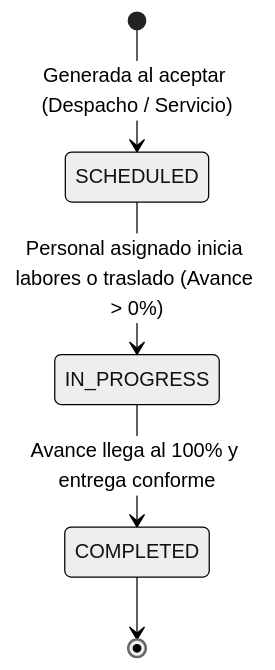
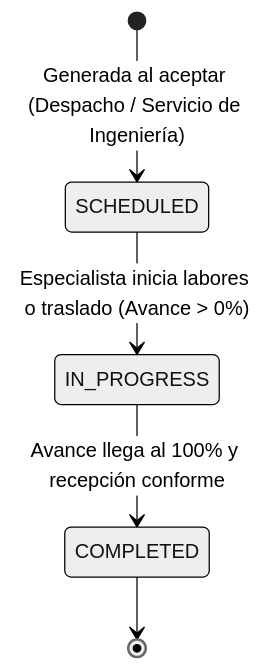
One commit to D-Araya/Cotizador_ changed the fourth of 6 diagrams in README.md. Above: the diagram before and after it, drawn with Mermaid (neutral theme). The commit also changed other lines of this file and 4 other files, not shown here.

````diff
--- a/README.md
+++ b/README.md
@@ -276,7 +279,7 @@
 ```mermaid
 stateDiagram-v2
-    [*] --> SCHEDULED : Generada al aceptar (Despacho / Servicio)
-    SCHEDULED --> IN_PROGRESS : Personal asignado inicia labores o traslado (Avance > 0%)
-    IN_PROGRESS --> COMPLETED : Avance llega al 100% y entrega conforme
+    [*] --> SCHEDULED : Generada al aceptar (Despacho / Servicio de Ingeniería)
+    SCHEDULED --> IN_PROGRESS : Especialista inicia labores o traslado (Avance > 0%)
+    IN_PROGRESS --> COMPLETED : Avance llega al 100% y recepción conforme
     COMPLETED --> [*]
 ```
````
